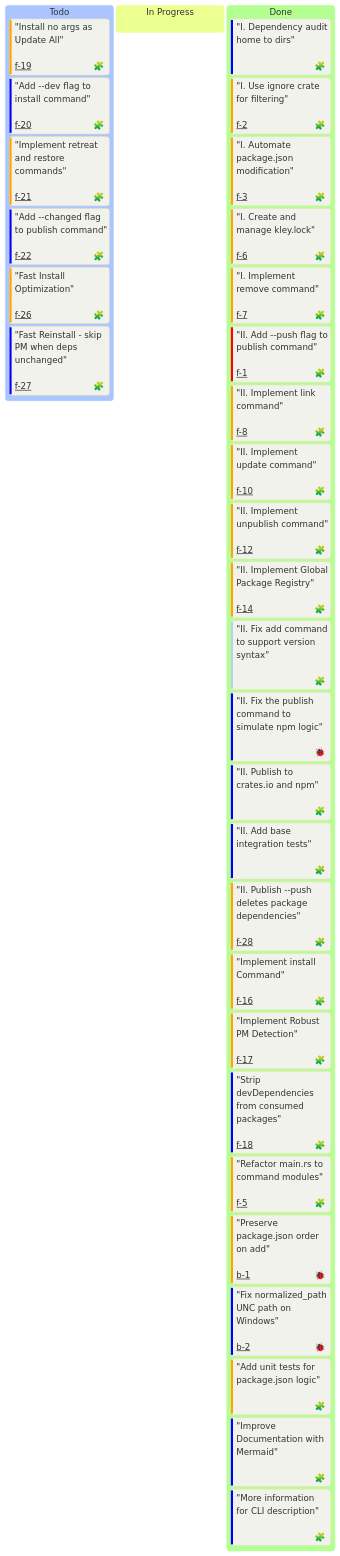
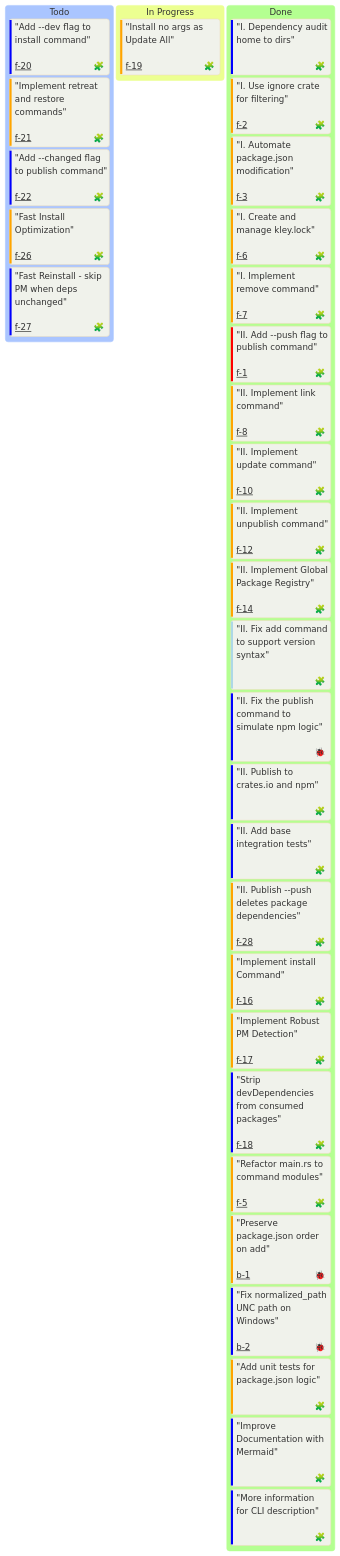
One commit to sumbad/kley changed the diagram in docs/milestones/M1-mvp.md. Above: the diagram before and after it, drawn with Mermaid. The commit also changed other lines of this file and 3 other files, not shown here.

Commit message:
feat: add install all comand

````diff
--- a/docs/milestones/M1-mvp.md
+++ b/docs/milestones/M1-mvp.md
@@ -17,57 +17,57 @@
 ```mermaid
 ---
 config:
   kanban:
     ticketBaseUrl: 'https://github.com/sumbad/kley/tree/master/docs/tickets/#TICKET#.md'
     
     ### Legend
     # assigned - 🧩 = feat | 🐞 = bug
     # priority - `Very High` = Critical | `High` = High | `Low` = Medium | `Very Low` = Low
     # ticket - used for a ticket file name (tickets/#TICKET#.md)
 ---
 %%{init: {
   'theme': 'base',
   'themeVariables': {
     'darkMode': false,
     'background': '#F0F2EB'
   }
 }}%%
 
 kanban
     Todo
-        "Install no args as Update All"<br/><br/>@{ assigned: 🧩, priority: 'High', ticket: 'f-19' }
         "Add --dev flag to install command"<br/><br/>@{ assigned: 🧩, priority: 'Low', ticket: 'f-20' }
         "Implement retreat and restore commands"<br/><br/>@{ assigned: 🧩, priority: 'High', ticket: 'f-21' }
         "Add --changed flag to publish command"<br/><br/>@{ assigned: 🧩, priority: 'Low', ticket: 'f-22' }
         "Fast Install Optimization"<br/><br/>@{ assigned: 🧩, priority: 'High', ticket: 'f-26' }
         "Fast Reinstall - skip PM when deps unchanged"<br/><br/>@{ assigned: 🧩, priority: 'Low', ticket: 'f-27' }
 
     In Progress
+        "Install no args as Update All"<br/><br/>@{ assigned: 🧩, priority: 'High', ticket: 'f-19' }
 
     Done
         "I. Dependency audit home to dirs"<br/><br/>@{ assigned: 🧩, priority: 'Low' }
         "I. Use ignore crate for filtering"<br/><br/>@{ assigned: 🧩, priority: 'High', ticket: 'f-2' }
         "I. Automate package.json modification"<br/><br/>@{ assigned: 🧩, priority: 'High', ticket: 'f-3' }
         "I. Create and manage kley.lock"<br/><br/>@{ assigned: 🧩, priority: 'High', ticket: 'f-6' }
         "I. Implement remove command"<br/><br/>@{ assigned: 🧩, priority: 'High', ticket: 'f-7' }
         "II. Add --push flag to publish command"<br/><br/>@{ assigned: 🧩, priority: 'Very High', ticket: 'f-1' }
         "II. Implement link command"<br/><br/>@{ assigned: 🧩, priority: 'High', ticket: 'f-8' }
         "II. Implement update command"<br/><br/>@{ assigned: 🧩, priority: 'High', ticket: 'f-10' }
         "II. Implement unpublish command"<br/><br/>@{ assigned: 🧩, priority: 'High', ticket: 'f-12' }
         "II. Implement Global Package Registry"<br/><br/>@{ assigned: 🧩, priority: 'High', ticket: 'f-14' }
         "II. Fix add command to support version syntax"<br/><br/>@{ assigned: 🧩, priority: 'Very Low' }
         "II. Fix the publish command to simulate npm logic"<br/><br/>@{ assigned: 🐞, priority: 'Low' }
         "II. Publish to crates.io and npm"<br/><br/>@{ assigned: 🧩, priority: 'Low' }
         "II. Add base integration tests"<br/><br/>@{ assigned: 🧩, priority: 'Low' }
         "II. Publish --push deletes package dependencies"<br/><br/>@{ assigned: 🧩, priority: 'High', ticket: 'f-28' }
         "Implement install Command"<br/><br/>@{ assigned: 🧩, priority: 'High', ticket: 'f-16' }
         "Implement Robust PM Detection"<br/><br/>@{ assigned: 🧩, priority: 'High', ticket: 'f-17' }
         "Strip devDependencies from consumed packages"<br/><br/>@{ assigned: 🧩, priority: 'Low', ticket: 'f-18' }
         "Refactor main.rs to command modules"<br/><br/>@{ assigned: 🧩, priority: 'High', ticket: 'f-5' }
         "Preserve package.json order on add"<br/><br/>@{ assigned: 🐞, priority: 'High', ticket: 'b-1' }
         "Fix normalized_path UNC path on Windows"<br/><br/>@{ assigned: 🐞, priority: 'Low', ticket: 'b-2' }
         "Add unit tests for package.json logic"<br/><br/>@{ assigned: 🧩, priority: 'High' }
         "Improve Documentation with Mermaid"<br/><br/>@{ assigned: 🧩, priority: 'Low' }
         "More information for CLI description"<br/><br/>@{ assigned: 🧩, priority: 'Low' }
 
 ```
````
